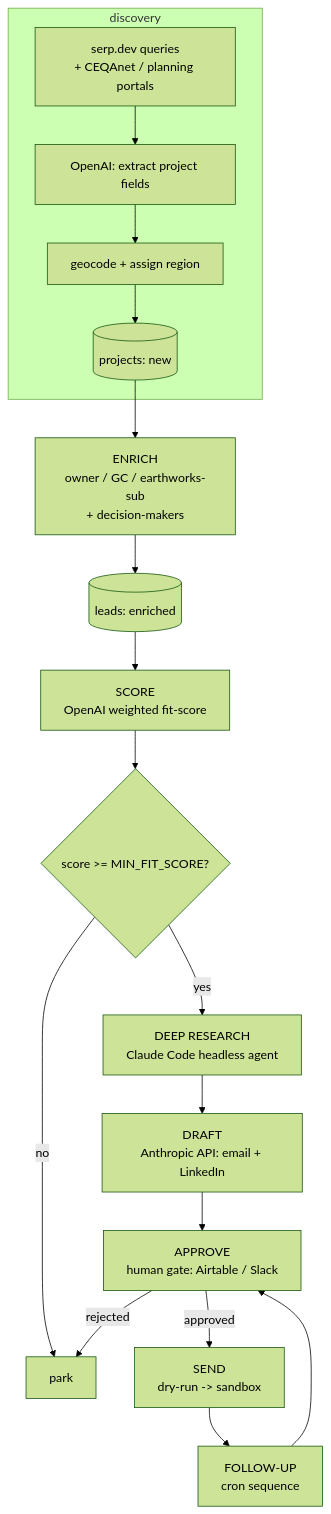
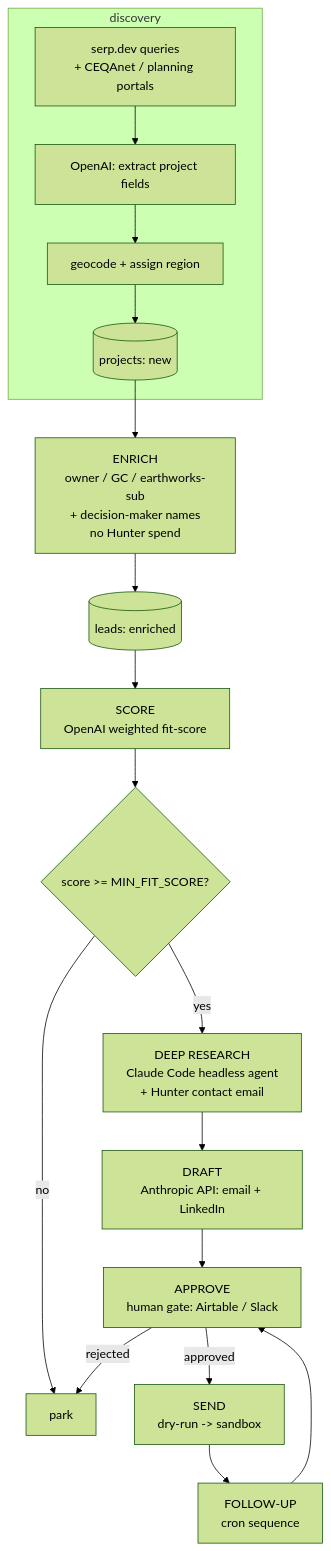
Before and after one commit to zmiievskyi/groundbreaker: the diagram in docs/architecture.md, drawn with Mermaid (forest theme). The commit also changed other lines of this file and 6 other files, not shown here.

````diff
--- a/docs/architecture.md
+++ b/docs/architecture.md
@@ -5,21 +5,21 @@
 ```mermaid
 flowchart TD
     subgraph discovery
         A[serp.dev queries<br/>+ CEQAnet / planning portals] --> B[OpenAI: extract project fields]
         B --> C[geocode + assign region]
         C --> D[(projects: new)]
     end
 
-    D --> E[ENRICH<br/>owner / GC / earthworks-sub<br/>+ decision-makers]
+    D --> E[ENRICH<br/>owner / GC / earthworks-sub<br/>+ decision-maker names<br/>no Hunter spend]
     E --> F[(leads: enriched)]
     F --> G[SCORE<br/>OpenAI weighted fit-score]
     G --> H{score >= MIN_FIT_SCORE?}
     H -- no --> X[park]
-    H -- yes --> I[DEEP RESEARCH<br/>Claude Code headless agent]
+    H -- yes --> I[DEEP RESEARCH<br/>Claude Code headless agent<br/>+ Hunter contact email]
     I --> J[DRAFT<br/>Anthropic API: email + LinkedIn]
     J --> K[APPROVE<br/>human gate: Airtable / Slack]
     K -- approved --> L[SEND<br/>dry-run -> sandbox]
     K -- rejected --> X
     L --> M[FOLLOW-UP<br/>cron sequence]
     M --> K
 ```
````
